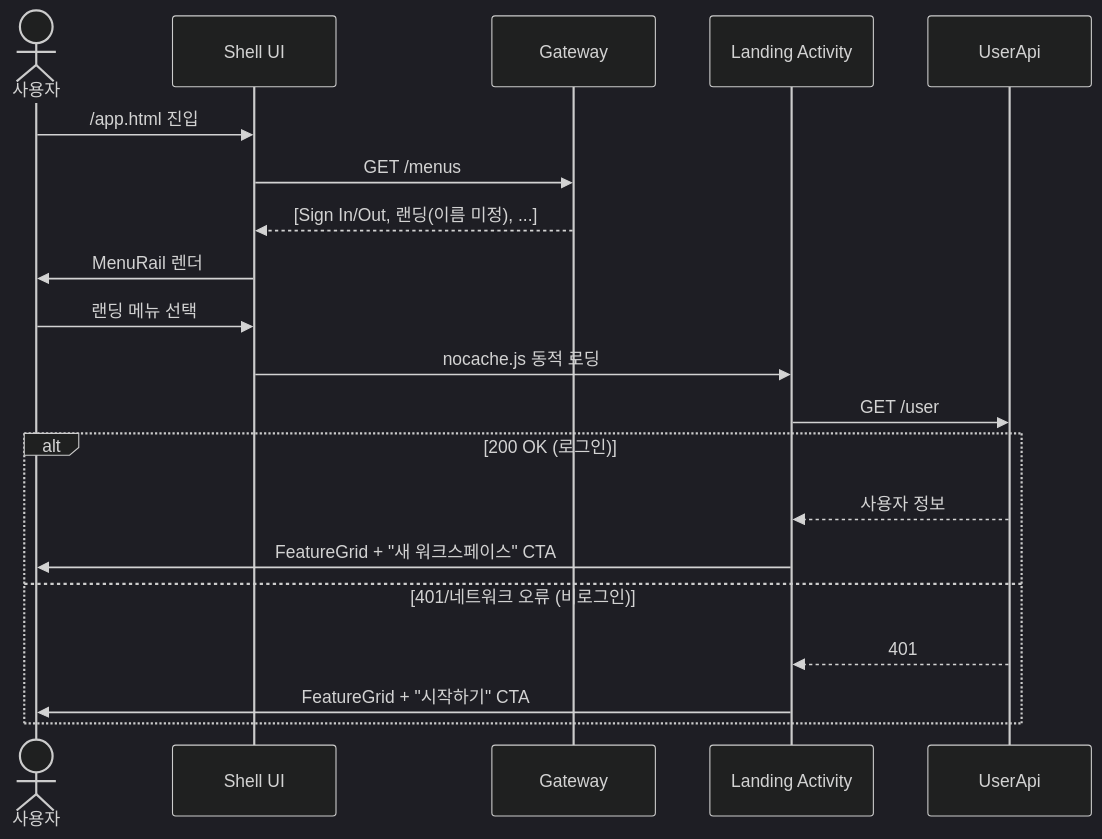
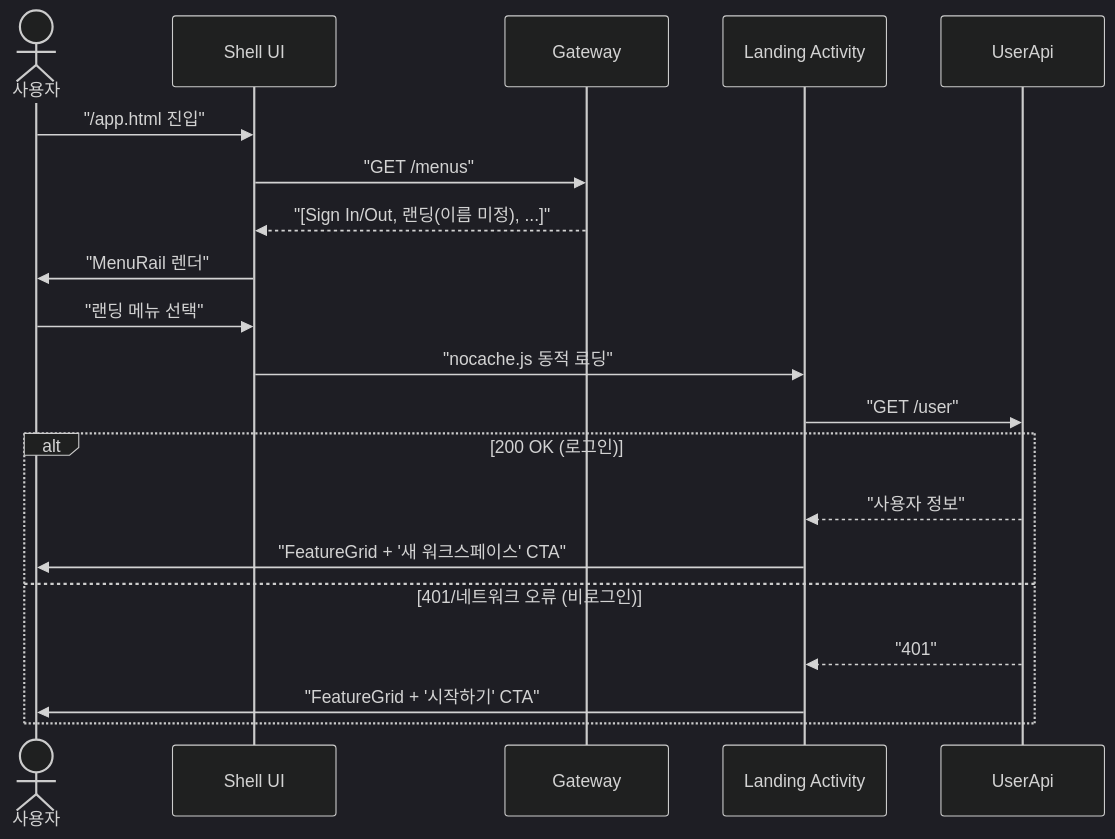
Before and after one commit to sayaya1090/handbook: the third of 25 diagrams in docs/usecases.md, drawn with Mermaid (dark theme). The commit also changed other lines of this file and 22 other files, not shown here.

First line of the commit message:
docs: Mermaid 다이어그램 렌더링 오류 수정을 위한 구문 전수 교정

````diff
--- a/docs/usecases.md
+++ b/docs/usecases.md
@@ -268,23 +268,23 @@
 ```mermaid
 sequenceDiagram
     actor U as 사용자
     participant Shell as Shell UI
     participant GW as Gateway
     participant LA as Landing Activity
     participant API as UserApi
 
-    U->>Shell: /app.html 진입
-    Shell->>GW: GET /menus
-    GW-->>Shell: [Sign In/Out, 랜딩(이름 미정), ...]
-    Shell->>U: MenuRail 렌더
-    U->>Shell: 랜딩 메뉴 선택
-    Shell->>LA: nocache.js 동적 로딩
-    LA->>API: GET /user
+    U->>Shell: "/app.html 진입"
+    Shell->>GW: "GET /menus"
+    GW-->>Shell: "[Sign In/Out, 랜딩(이름 미정), ...]"
+    Shell->>U: "MenuRail 렌더"
+    U->>Shell: "랜딩 메뉴 선택"
+    Shell->>LA: "nocache.js 동적 로딩"
+    LA->>API: "GET /user"
     alt 200 OK (로그인)
-        API-->>LA: 사용자 정보
-        LA->>U: FeatureGrid + "새 워크스페이스" CTA
+        API-->>LA: "사용자 정보"
+        LA->>U: "FeatureGrid + '새 워크스페이스' CTA"
     else 401/네트워크 오류 (비로그인)
-        API-->>LA: 401
-        LA->>U: FeatureGrid + "시작하기" CTA
+        API-->>LA: "401"
+        LA->>U: "FeatureGrid + '시작하기' CTA"
     end
 ```
````
